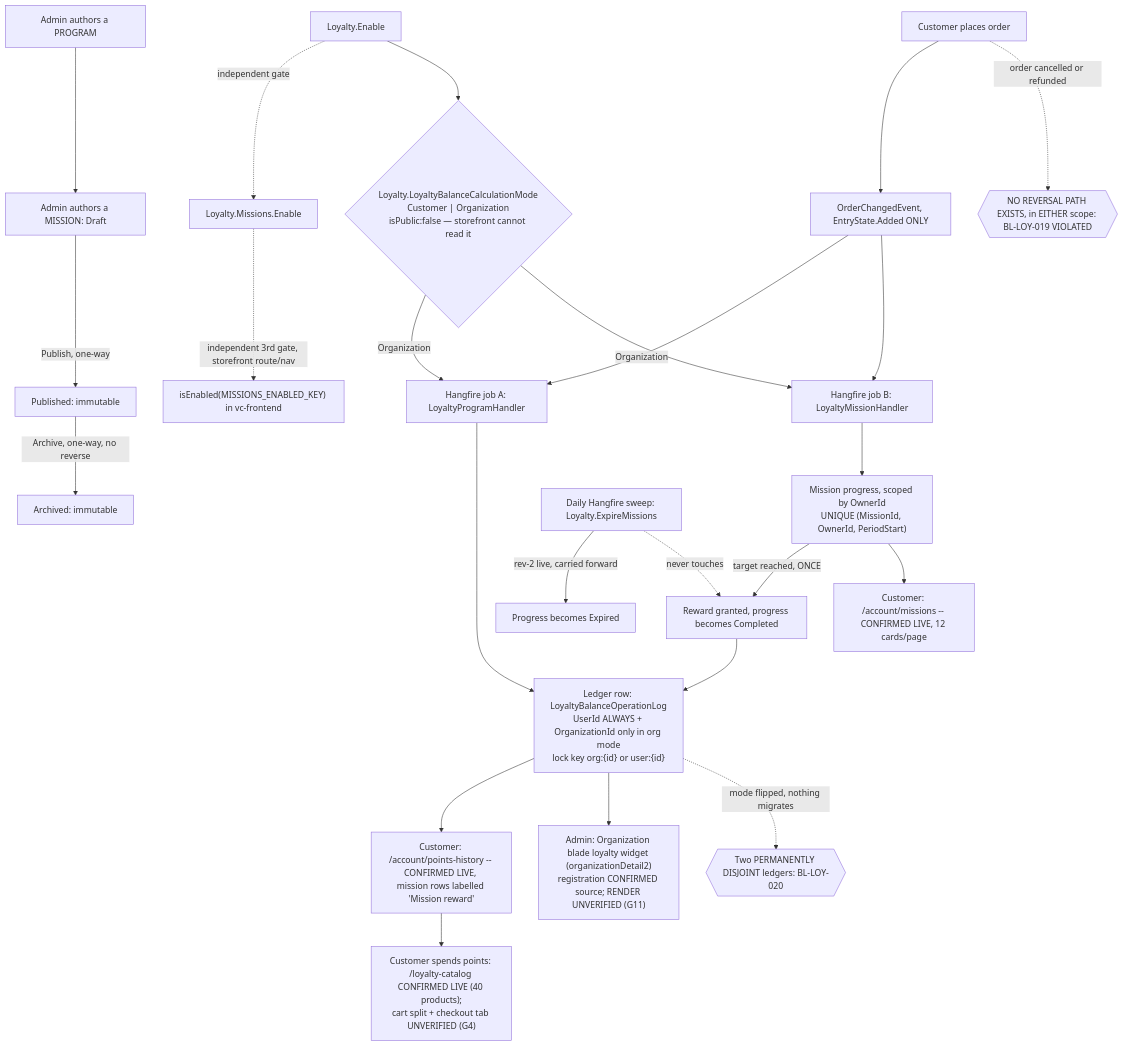
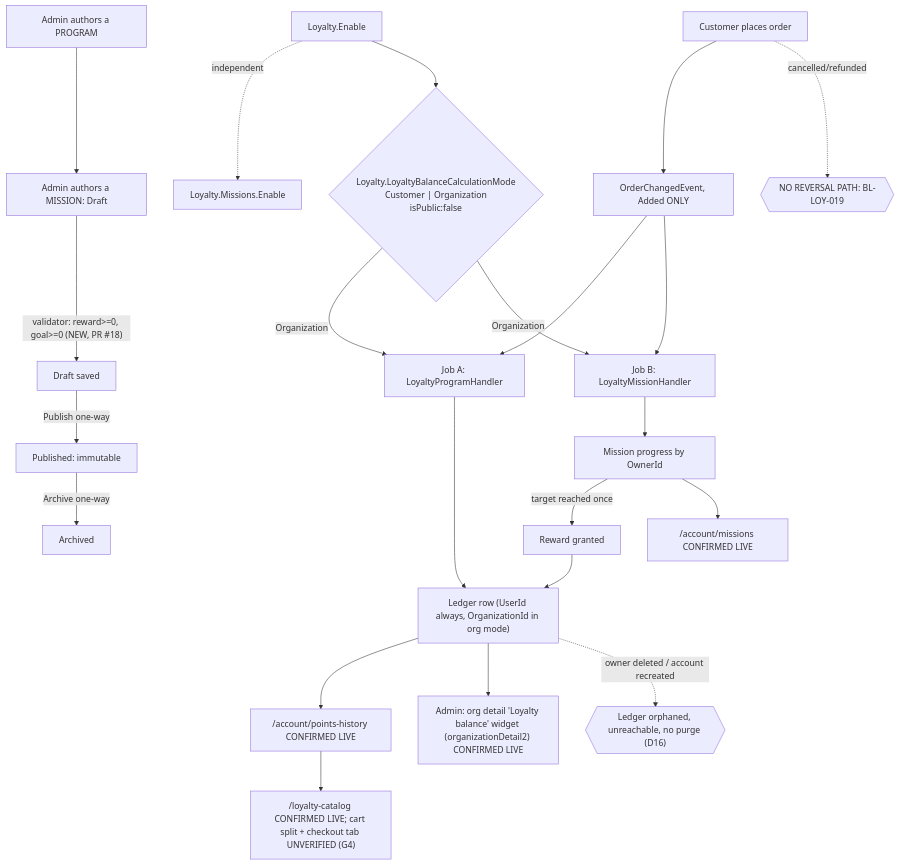
The diagram in .claude/knowledge/domain/loyalty-missions.md (VirtoCommerce/ai-tools), drawn with Mermaid before and after one commit. The commit also changed other lines of this file and 145 other files, not shown here.

First line of the commit message:
VCST-5957: loyalty-missions domain map rev 4 + refreshed vcst loyalty… (#376)

````diff
--- a/.claude/knowledge/domain/loyalty-missions.md
+++ b/.claude/knowledge/domain/loyalty-missions.md
@@ -183,26 +163,24 @@
 ```mermaid
 flowchart TD
-  A[Loyalty.Enable] -.independent gate.-> B[Loyalty.Missions.Enable]
-  B -.independent 3rd gate, storefront route/nav.-> B2["isEnabled(MISSIONS_ENABLED_KEY) in vc-frontend"]
-  A --> MODE{"Loyalty.LoyaltyBalanceCalculationMode<br/>Customer | Organization<br/>isPublic:false — storefront cannot read it"}
+  A[Loyalty.Enable] -.independent.-> B[Loyalty.Missions.Enable]
+  A --> MODE{"Loyalty.LoyaltyBalanceCalculationMode<br/>Customer | Organization<br/>isPublic:false"}
   C[Admin authors a PROGRAM] --> D[Admin authors a MISSION: Draft]
-  D -->|Publish, one-way| D2s[Published: immutable]
-  D2s -->|Archive, one-way, no reverse| D3s[Archived: immutable]
-  E[Customer places order] --> F["OrderChangedEvent, EntryState.Added ONLY"]
-  F --> G["Hangfire job A: LoyaltyProgramHandler"]
-  F --> H["Hangfire job B: LoyaltyMissionHandler"]
+  D -->|"validator: reward>=0, goal>=0 (NEW, PR #18)"| D1[Draft saved]
+  D1 -->|Publish one-way| D2s[Published: immutable]
+  D2s -->|Archive one-way| D3s[Archived]
+  E[Customer places order] --> F["OrderChangedEvent, Added ONLY"]
+  F --> G["Job A: LoyaltyProgramHandler"]
+  F --> H["Job B: LoyaltyMissionHandler"]
   MODE -->|Organization| G
   MODE -->|Organization| H
-  G --> I["Ledger row: LoyaltyBalanceOperationLog<br/>UserId ALWAYS + OrganizationId only in org mode<br/>lock key org:{id} or user:{id}"]
-  H --> J["Mission progress, scoped by OwnerId<br/>UNIQUE (MissionId, OwnerId, PeriodStart)"]
-  J -->|target reached, ONCE| K["Reward granted, progress becomes Completed"]
+  G --> I["Ledger row (UserId always, OrganizationId in org mode)"]
+  H --> J["Mission progress by OwnerId"]
+  J -->|target reached once| K[Reward granted]
   K --> I
-  I --> L["Customer: /account/points-history -- CONFIRMED LIVE, mission rows labelled 'Mission reward'"]
-  J --> M["Customer: /account/missions -- CONFIRMED LIVE, 12 cards/page"]
-  I --> AW["Admin: Organization blade loyalty widget (organizationDetail2)<br/>registration CONFIRMED source; RENDER UNVERIFIED (G11)"]
-  L --> N["Customer spends points: /loyalty-catalog CONFIRMED LIVE (40 products);<br/>cart split + checkout tab UNVERIFIED (G4)"]
-  E -.order cancelled or refunded.-> O{{"NO REVERSAL PATH EXISTS, in EITHER scope: BL-LOY-019 VIOLATED"}}
-  P["Daily Hangfire sweep: Loyalty.ExpireMissions"] -->|rev-2 live, carried forward| Q[Progress becomes Expired]
-  P -.never touches.-> K
-  I -.mode flipped, nothing migrates.-> R{{"Two PERMANENTLY DISJOINT ledgers: BL-LOY-020"}}
+  I --> L["/account/points-history CONFIRMED LIVE"]
+  J --> M["/account/missions CONFIRMED LIVE"]
+  I --> AW["Admin: org detail 'Loyalty balance' widget (organizationDetail2) CONFIRMED LIVE"]
+  L --> N["/loyalty-catalog CONFIRMED LIVE; cart split + checkout tab UNVERIFIED (G4)"]
+  E -.cancelled/refunded.-> O{{"NO REVERSAL PATH: BL-LOY-019"}}
+  I -.owner deleted / account recreated.-> R{{"Ledger orphaned, unreachable, no purge (D16)"}}
 ```
````
